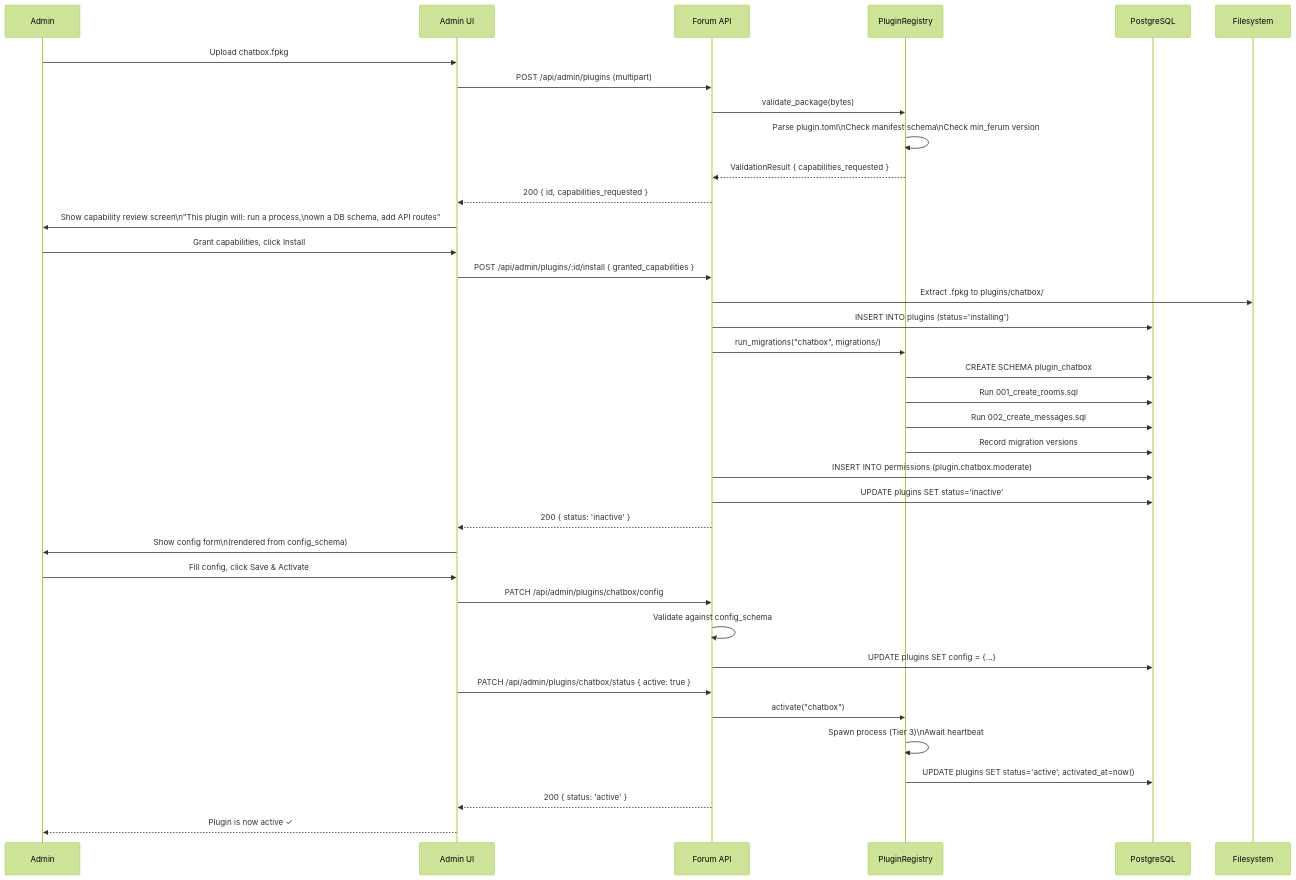
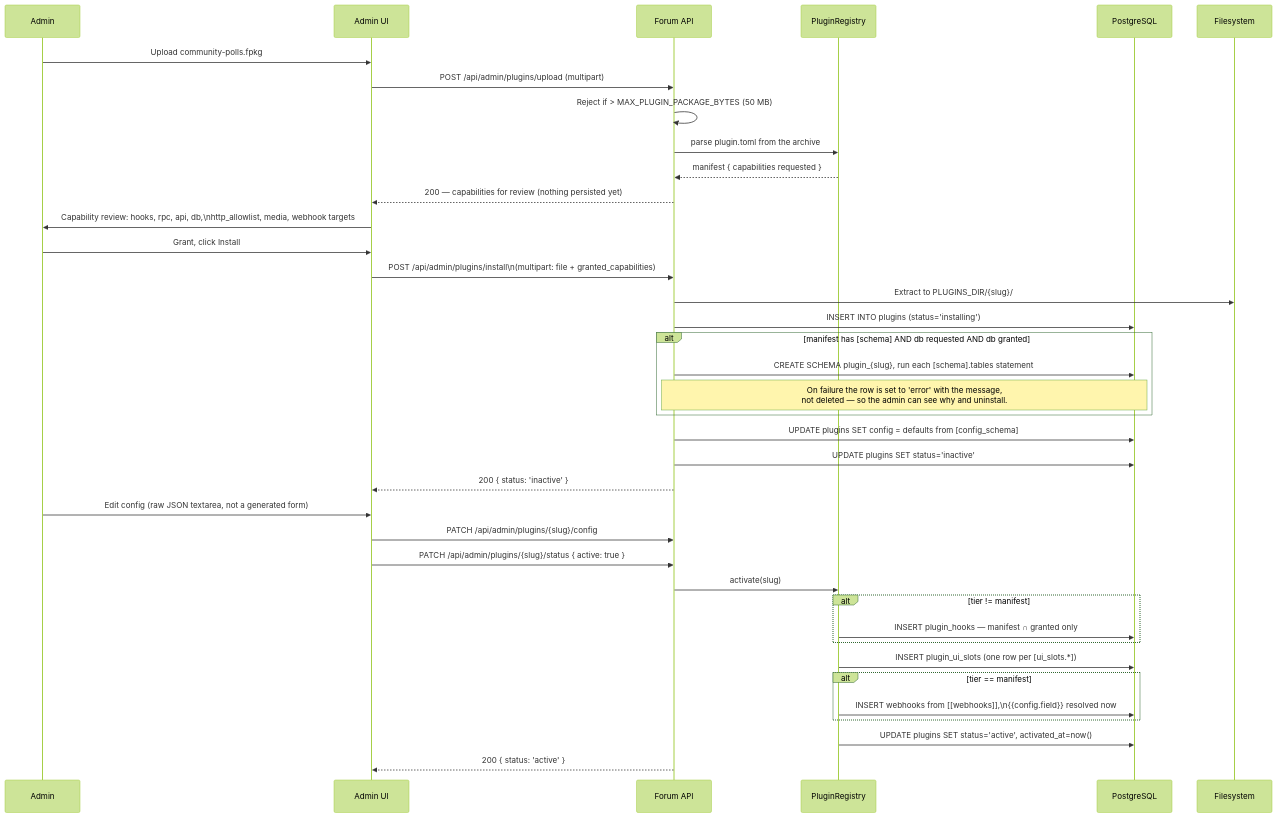
One commit to rex-pj/ferum-board changed the sixth of 14 diagrams in docs/plugin-system/technical-design.md. Above: the diagram before and after it, drawn with Mermaid (forest theme). The commit also changed other lines of this file and 18 other files, not shown here.

````diff
--- a/docs/plugin-system/technical-design.md
+++ b/docs/plugin-system/technical-design.md
@@ -224,43 +229,44 @@
 ```mermaid
 sequenceDiagram
     participant Admin
     participant UI as Admin UI
     participant API as Forum API
     participant PR as PluginRegistry
     participant DB as PostgreSQL
     participant FS as Filesystem
 
-    Admin->>UI: Upload chatbox.fpkg
-    UI->>API: POST /api/admin/plugins (multipart)
-    API->>PR: validate_package(bytes)
-    PR->>PR: Parse plugin.toml\nCheck manifest schema\nCheck min_ferum version
-    PR-->>API: ValidationResult { capabilities_requested }
-    API-->>UI: 200 { id, capabilities_requested }
+    Admin->>UI: Upload community-polls.fpkg
+    UI->>API: POST /api/admin/plugins/upload (multipart)
+    API->>API: Reject if > MAX_PLUGIN_PACKAGE_BYTES (50 MB)
+    API->>PR: parse plugin.toml from the archive
+    PR-->>API: manifest { capabilities requested }
+    API-->>UI: 200 — capabilities for review (nothing persisted yet)
 
-    UI->>Admin: Show capability review screen\n"This plugin will: run a process,\nown a DB schema, add API routes"
-    Admin->>UI: Grant capabilities, click Install
-    UI->>API: POST /api/admin/plugins/:id/install { granted_capabilities }
+    UI->>Admin: Capability review: hooks, rpc, api, db,\nhttp_allowlist, media, webhook targets
+    Admin->>UI: Grant, click Install
+    UI->>API: POST /api/admin/plugins/install\n(multipart: file + granted_capabilities)
 
-    API->>FS: Extract .fpkg to plugins/chatbox/
+    API->>FS: Extract to PLUGINS_DIR/{slug}/
     API->>DB: INSERT INTO plugins (status='installing')
-    API->>PR: run_migrations("chatbox", migrations/)
-    PR->>DB: CREATE SCHEMA plugin_chatbox
-    PR->>DB: Run 001_create_rooms.sql
-    PR->>DB: Run 002_create_messages.sql
-    PR->>DB: Record migration versions
-    API->>DB: INSERT INTO permissions (plugin.chatbox.moderate)
+    alt manifest has [schema] AND db requested AND db granted
+        API->>DB: CREATE SCHEMA plugin_{slug}, run each [schema].tables statement
+        Note over API,DB: On failure the row is set to 'error' with the message,<br/>not deleted — so the admin can see why and uninstall.
+    end
+    API->>DB: UPDATE plugins SET config = defaults from [config_schema]
     API->>DB: UPDATE plugins SET status='inactive'
     API-->>UI: 200 { status: 'inactive' }
 
-    UI->>Admin: Show config form\n(rendered from config_schema)
-    Admin->>UI: Fill config, click Save & Activate
-    UI->>API: PATCH /api/admin/plugins/chatbox/config
-    API->>API: Validate against config_schema
-    API->>DB: UPDATE plugins SET config = {...}
-    UI->>API: PATCH /api/admin/plugins/chatbox/status { active: true }
-    API->>PR: activate("chatbox")
-    PR->>PR: Spawn process (Tier 3)\nAwait heartbeat
+    Admin->>UI: Edit config (raw JSON textarea, not a generated form)
+    UI->>API: PATCH /api/admin/plugins/{slug}/config
+    UI->>API: PATCH /api/admin/plugins/{slug}/status { active: true }
+    API->>PR: activate(slug)
+    alt tier != manifest
+        PR->>DB: INSERT plugin_hooks — manifest ∩ granted only
+    end
+    PR->>DB: INSERT plugin_ui_slots (one row per [ui_slots.*])
+    alt tier == manifest
+        PR->>DB: INSERT webhooks from [[webhooks]],\n{{config.field}} resolved now
+    end
     PR->>DB: UPDATE plugins SET status='active', activated_at=now()
     API-->>UI: 200 { status: 'active' }
-    UI-->>Admin: Plugin is now active ✓
 ```
````
